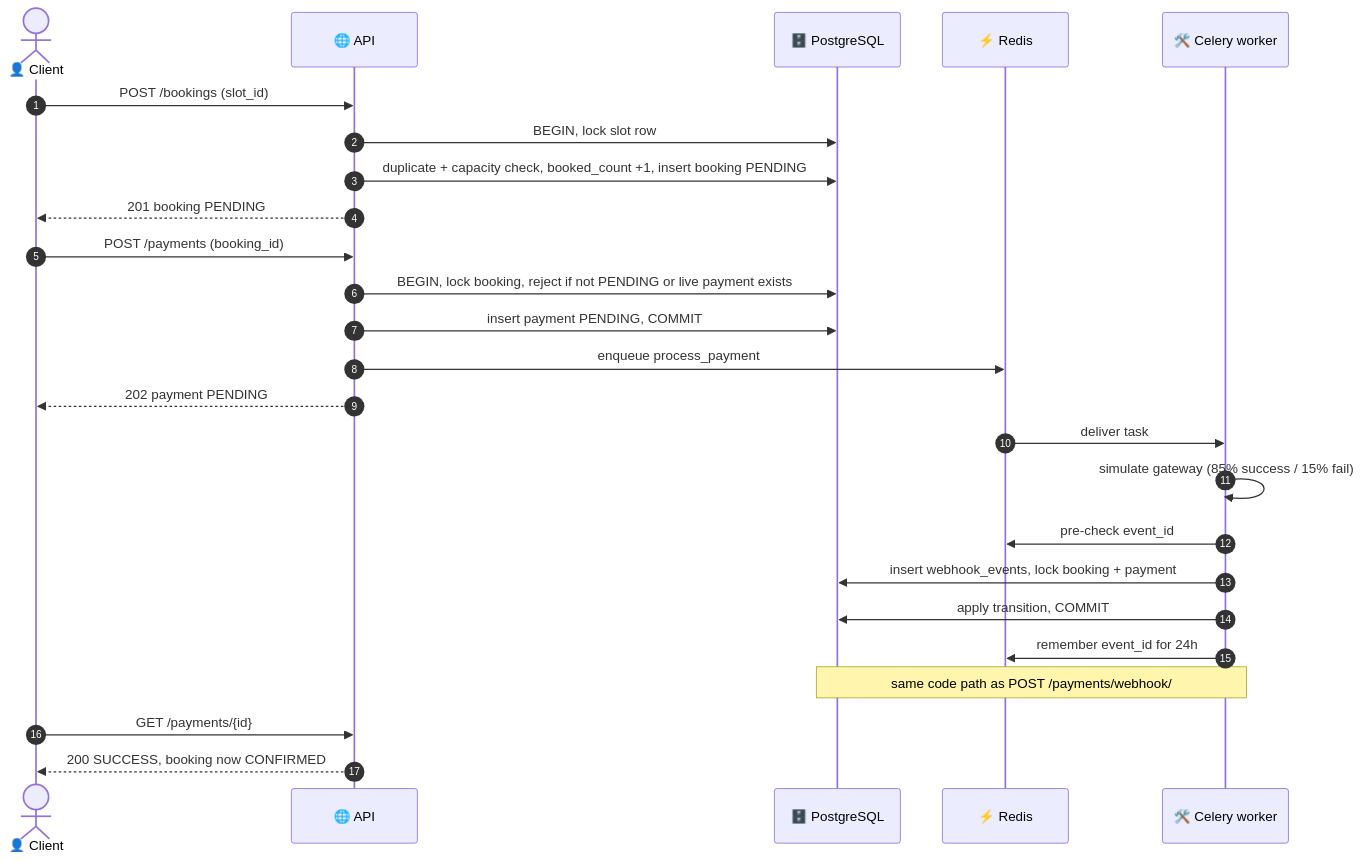
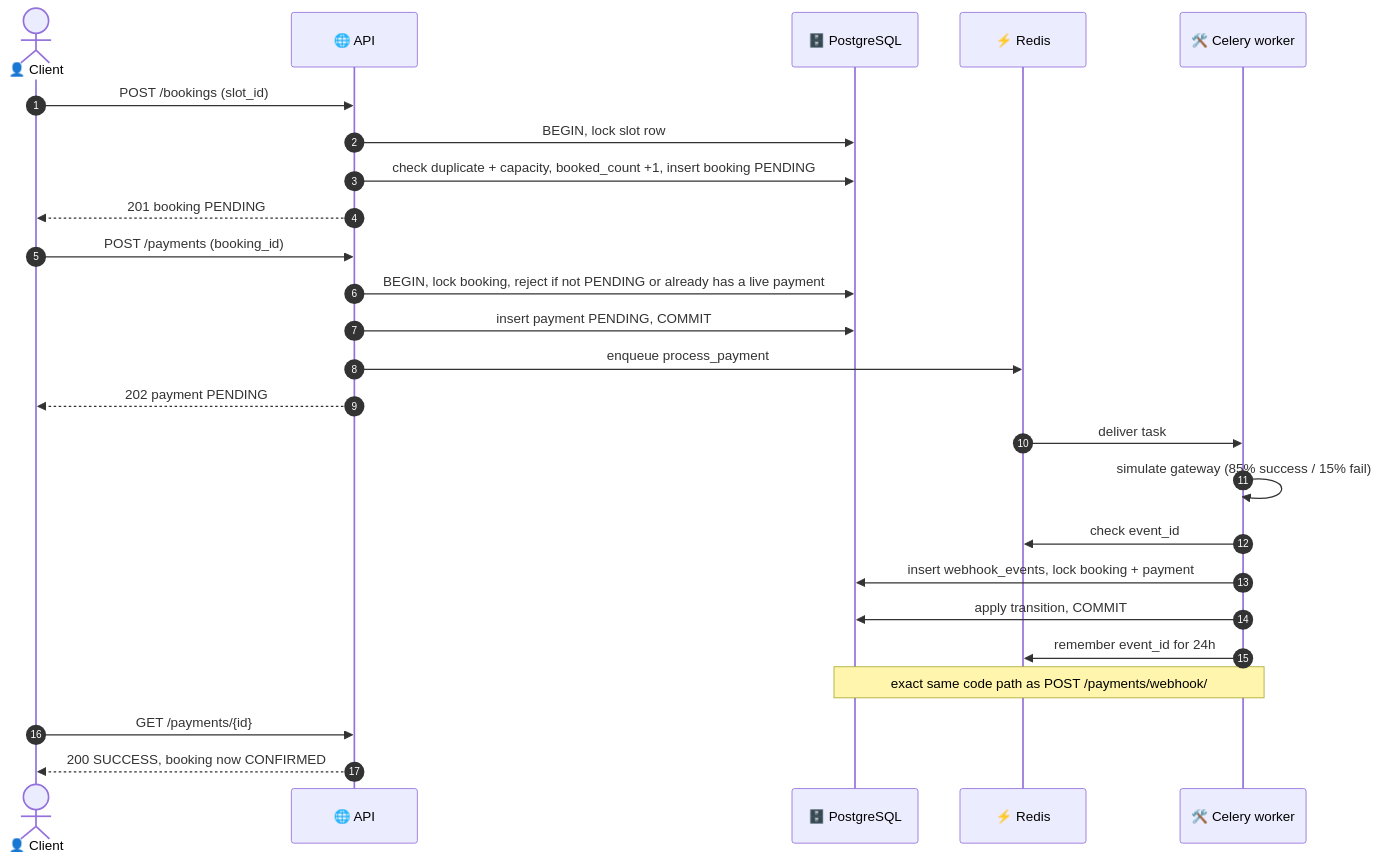
One commit to rishabhdev0/eve-sde-assignment changed the third of 5 diagrams in README.md. Above: the diagram before and after it, drawn with Mermaid. The commit also changed other lines of this file and 16 other files, not shown here.

Commit message:
Add missing-payment webhook test, Celery retry tests

````diff
--- a/README.md
+++ b/README.md
@@ -300,31 +304,31 @@
 ```mermaid
 sequenceDiagram
     autonumber
     actor U as 👤 Client
     participant A as 🌐 API
     participant DB as 🗄️ PostgreSQL
     participant R as ⚡ Redis
     participant W as 🛠️ Celery worker
 
     U->>A: POST /bookings (slot_id)
     A->>DB: BEGIN, lock slot row
-    A->>DB: duplicate + capacity check, booked_count +1, insert booking PENDING
+    A->>DB: check duplicate + capacity, booked_count +1, insert booking PENDING
     A-->>U: 201 booking PENDING
 
     U->>A: POST /payments (booking_id)
-    A->>DB: BEGIN, lock booking, reject if not PENDING or live payment exists
+    A->>DB: BEGIN, lock booking, reject if not PENDING or already has a live payment
     A->>DB: insert payment PENDING, COMMIT
     A->>R: enqueue process_payment
     A-->>U: 202 payment PENDING
 
     R->>W: deliver task
     W->>W: simulate gateway (85% success / 15% fail)
-    W->>R: pre-check event_id
+    W->>R: check event_id
     W->>DB: insert webhook_events, lock booking + payment
     W->>DB: apply transition, COMMIT
     W->>R: remember event_id for 24h
-    Note over W,DB: same code path as POST /payments/webhook/
+    Note over W,DB: exact same code path as POST /payments/webhook/
 
     U->>A: GET /payments/{id}
     A-->>U: 200 SUCCESS, booking now CONFIRMED
 ```
````
